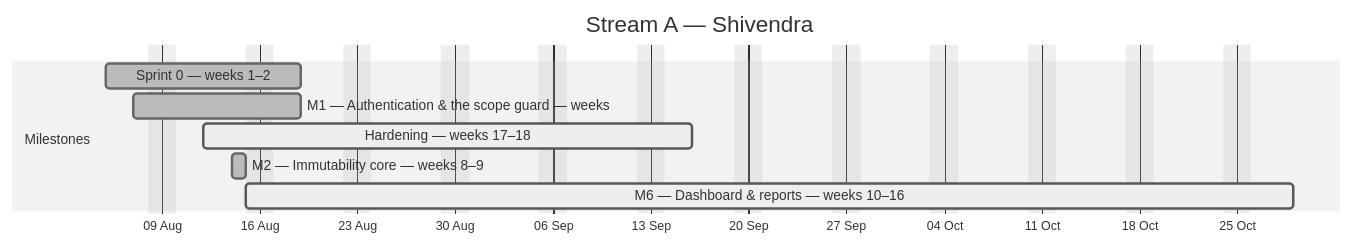
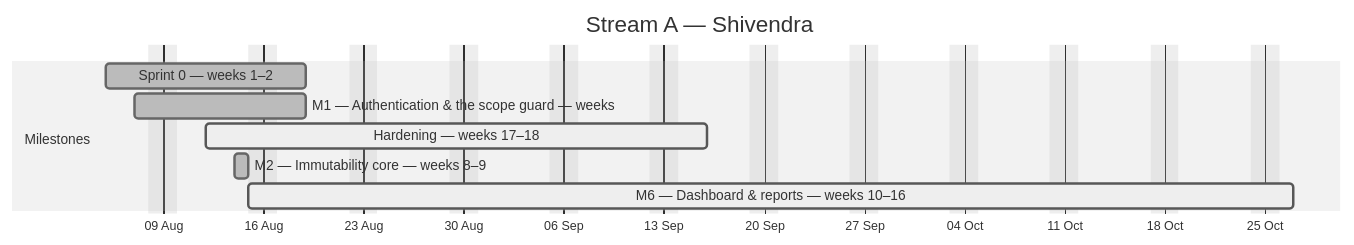
The first of 4 diagrams in docs/plan/GANTT.md (debashisedunext/EduTrack), drawn with Mermaid (neutral theme) before and after one commit. The commit also changed other lines of this file and 3 other files, not shown here.

````diff
--- a/docs/plan/GANTT.md
+++ b/docs/plan/GANTT.md
@@ -114,13 +114,13 @@
 ```mermaid
 gantt
     dateFormat YYYY-MM-DD
     axisFormat %d %b
     title Stream A — Shivendra
     excludes weekends
     section Milestones
     Sprint 0 — weeks 1–2 :done, a0, 2026-08-05, 10d
     M1 — Authentication & the scope guard — weeks :done, a1, 2026-08-07, 8d
     Hardening — weeks 17–18 :active, a2, 2026-08-12, 25d
     M2 — Immutability core — weeks 8–9 :done, a3, 2026-08-14, 1d
-    M6 — Dashboard & reports — weeks 10–16 :active, a4, 2026-08-15, 54d
+    M6 — Dashboard & reports — weeks 10–16 :active, a4, 2026-08-15, 52d
 ```
````
